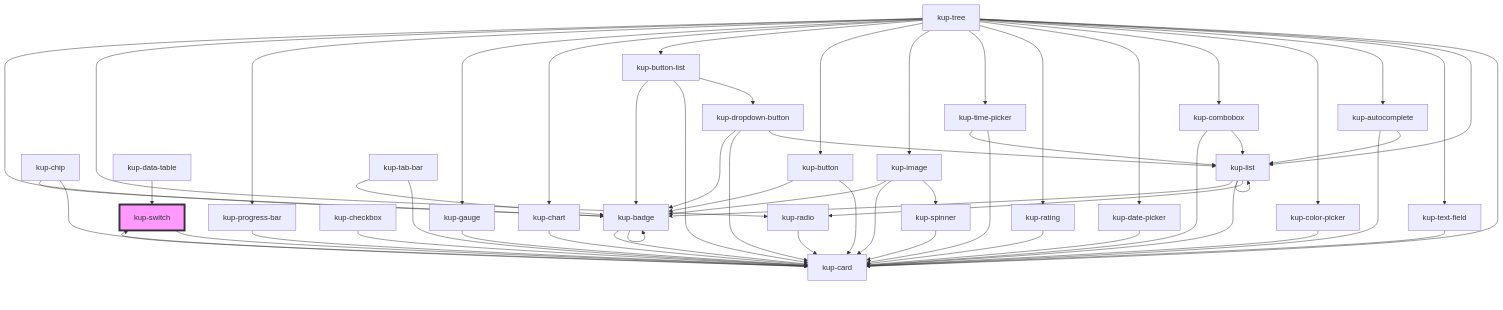
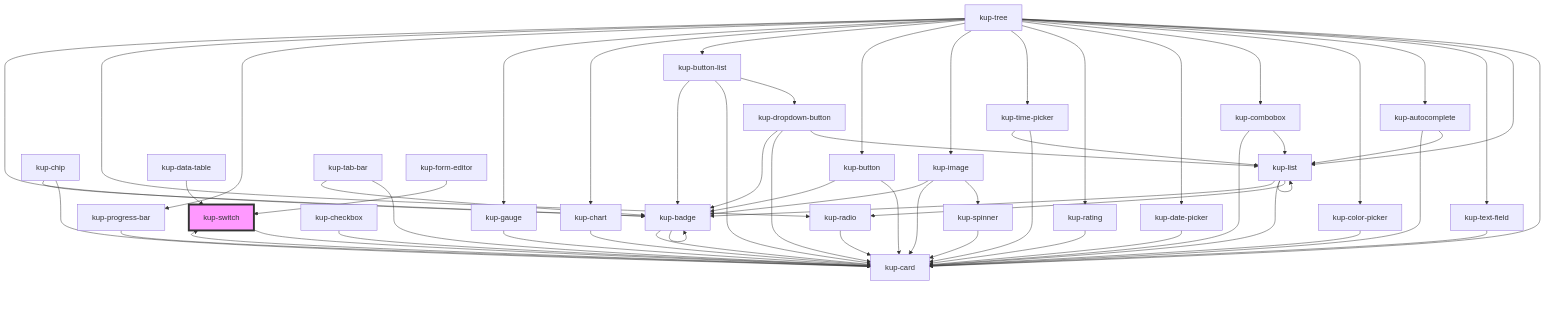
The diagram in packages/ketchup/src/components/kup-switch/readme.md (smeup/ketchup), drawn with Mermaid before and after one commit. The commit also changed other lines of this file and 5 other files, not shown here.

````diff
--- a/packages/ketchup/src/components/kup-switch/readme.md
+++ b/packages/ketchup/src/components/kup-switch/readme.md
@@ -84,61 +85,62 @@
 ```mermaid
 graph TD;
   kup-switch --> kup-card
   kup-card --> kup-switch
   kup-badge --> kup-badge
   kup-badge --> kup-card
   kup-button --> kup-card
   kup-button --> kup-badge
   kup-chip --> kup-card
   kup-chip --> kup-badge
   kup-list --> kup-list
   kup-list --> kup-radio
   kup-list --> kup-card
   kup-list --> kup-badge
   kup-radio --> kup-card
   kup-combobox --> kup-list
   kup-combobox --> kup-card
   kup-autocomplete --> kup-list
   kup-autocomplete --> kup-card
   kup-checkbox --> kup-card
   kup-date-picker --> kup-card
   kup-text-field --> kup-card
   kup-time-picker --> kup-card
   kup-time-picker --> kup-list
   kup-data-table --> kup-switch
   kup-color-picker --> kup-card
   kup-rating --> kup-card
   kup-image --> kup-spinner
   kup-image --> kup-card
   kup-image --> kup-badge
   kup-spinner --> kup-card
   kup-button-list --> kup-dropdown-button
   kup-button-list --> kup-card
   kup-button-list --> kup-badge
   kup-dropdown-button --> kup-list
   kup-dropdown-button --> kup-card
   kup-dropdown-button --> kup-badge
   kup-chart --> kup-card
   kup-gauge --> kup-card
   kup-progress-bar --> kup-card
   kup-tab-bar --> kup-card
   kup-tab-bar --> kup-badge
   kup-tree --> kup-card
   kup-tree --> kup-list
   kup-tree --> kup-text-field
   kup-tree --> kup-autocomplete
   kup-tree --> kup-color-picker
   kup-tree --> kup-combobox
   kup-tree --> kup-date-picker
   kup-tree --> kup-rating
   kup-tree --> kup-time-picker
   kup-tree --> kup-image
   kup-tree --> kup-button
   kup-tree --> kup-button-list
   kup-tree --> kup-chart
   kup-tree --> kup-gauge
   kup-tree --> kup-progress-bar
   kup-tree --> kup-radio
   kup-tree --> kup-badge
+  kup-form-editor --> kup-switch
   style kup-switch fill:#f9f,stroke:#333,stroke-width:4px
 ```
````
